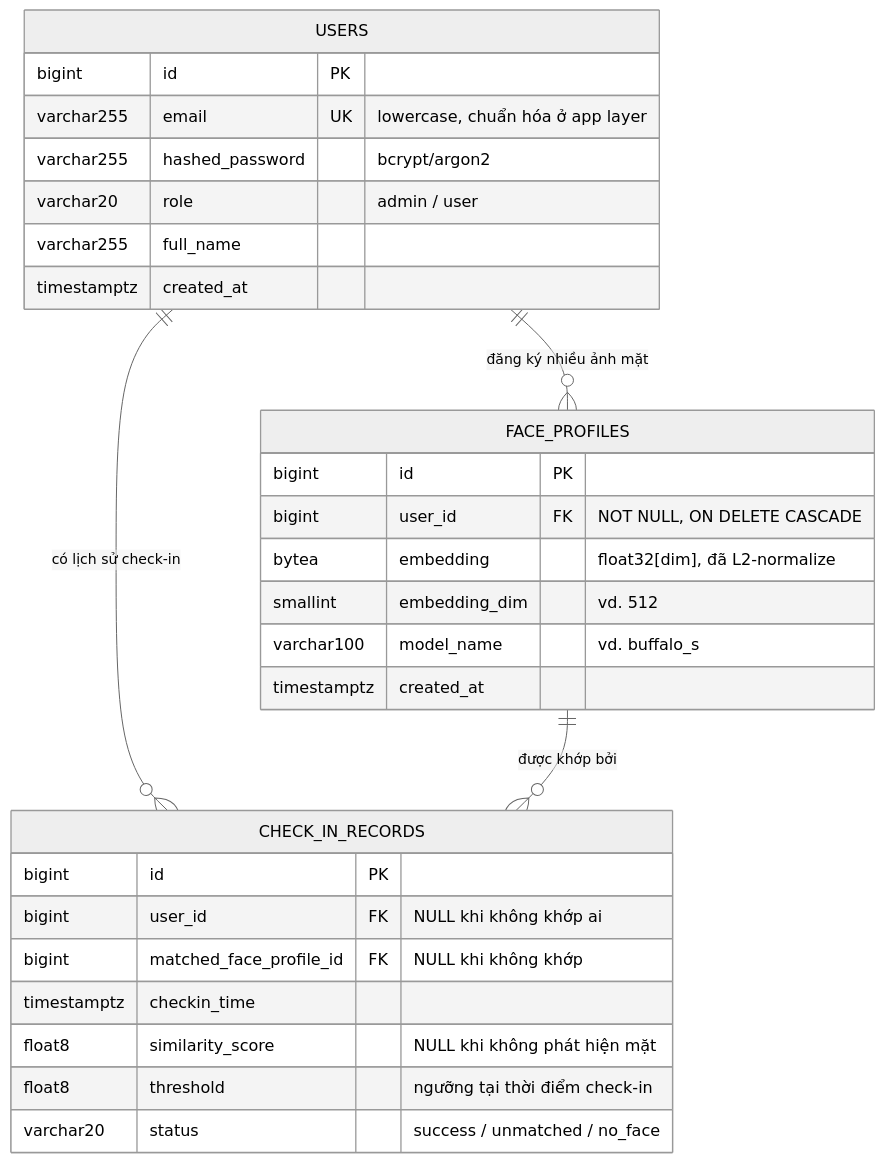
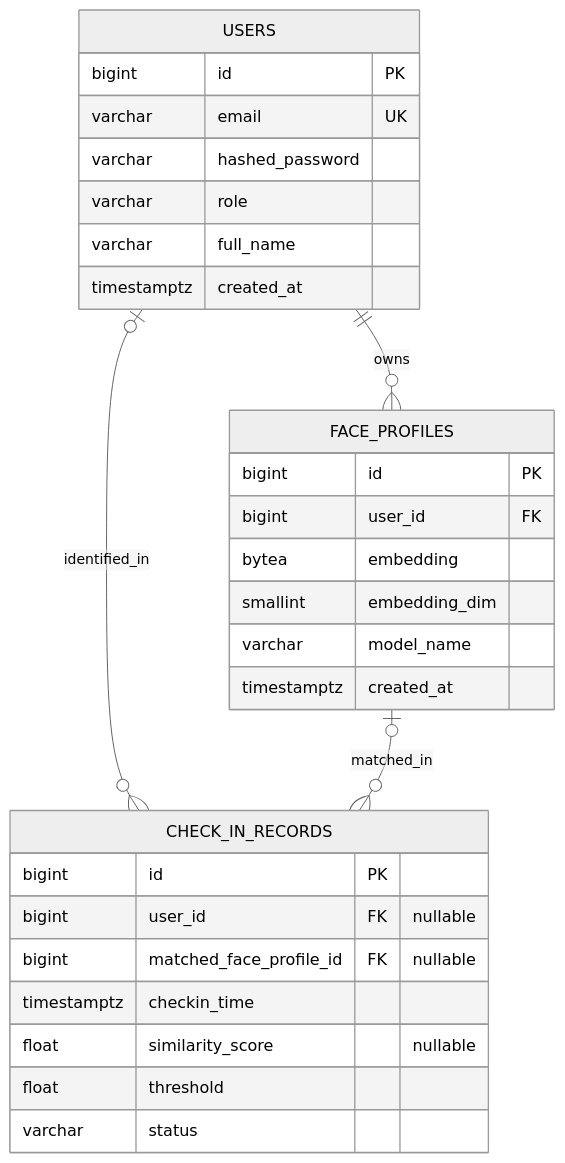
Before and after one commit to thanhphu25/face-checkin-service: the diagram in docs/erd.md, drawn with Mermaid (neutral theme). The commit also changed other lines of this file and 27 other files, not shown here.

````diff
--- a/docs/erd.md
+++ b/docs/erd.md
@@ -8,34 +8,32 @@
 ```mermaid
 erDiagram
-    USERS ||--o{ FACE_PROFILES : "đăng ký nhiều ảnh mặt"
-    USERS ||--o{ CHECK_IN_RECORDS : "có lịch sử check-in"
-    FACE_PROFILES ||--o{ CHECK_IN_RECORDS : "được khớp bởi"
+    USERS ||--o{ FACE_PROFILES : owns
+    USERS |o--o{ CHECK_IN_RECORDS : identified_in
+    FACE_PROFILES |o--o{ CHECK_IN_RECORDS : matched_in
 
     USERS {
-        bigint      id PK
-        varchar255  email UK "lowercase, chuẩn hóa ở app layer"
-        varchar255  hashed_password "bcrypt/argon2"
-        varchar20   role "admin / user"
-        varchar255  full_name
+        bigint id PK
+        varchar email UK
+        varchar hashed_password
+        varchar role
+        varchar full_name
         timestamptz created_at
     }
-
     FACE_PROFILES {
-        bigint      id PK
-        bigint      user_id FK "NOT NULL, ON DELETE CASCADE"
-        bytea       embedding "float32[dim], đã L2-normalize"
-        smallint    embedding_dim "vd. 512"
-        varchar100  model_name "vd. buffalo_s"
+        bigint id PK
+        bigint user_id FK
+        bytea embedding
+        smallint embedding_dim
+        varchar model_name
         timestamptz created_at
     }
-
     CHECK_IN_RECORDS {
-        bigint      id PK
-        bigint      user_id FK "NULL khi không khớp ai"
-        bigint      matched_face_profile_id FK "NULL khi không khớp"
+        bigint id PK
+        bigint user_id FK "nullable"
+        bigint matched_face_profile_id FK "nullable"
         timestamptz checkin_time
-        float8      similarity_score "NULL khi không phát hiện mặt"
-        float8      threshold "ngưỡng tại thời điểm check-in"
-        varchar20   status "success / unmatched / no_face"
+        float similarity_score "nullable"
+        float threshold
+        varchar status
     }
 ```
````
